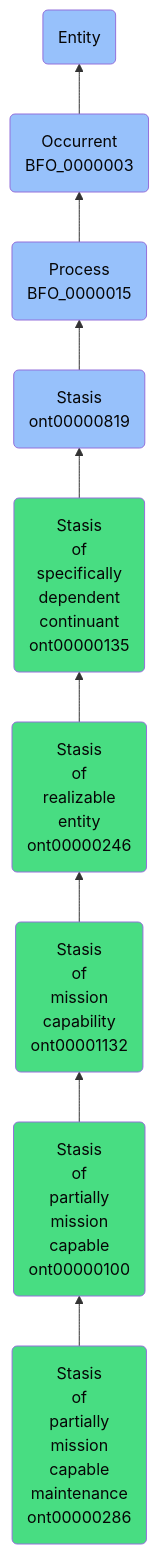
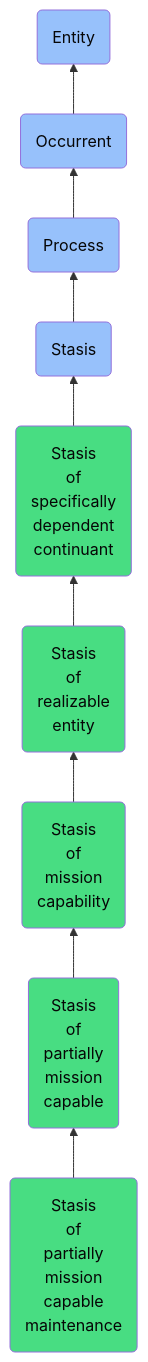
One commit to jupyter-naas/abi changed the diagram in docs/ontology/reference/model/Entity/Occurrent/Process/Stasis/Stasis of specifically dependent continuant/Stasis of realizable entity/Stasis of mission capability/Stasis of partially mission capable/Stasis of partially mission capable maintenance/Stasis of partially mission capable maintenance.md. Above: the diagram before and after it, drawn with Mermaid. The commit also changed other lines of this file and 1430 other files, not shown here.

````diff
--- a/docs/ontology/reference/model/Entity/Occurrent/Process/Stasis/Stasis of specifically dependent continuant/Stasis of realizable entity/Stasis of mission capability/Stasis of partially mission capable/Stasis of partially mission capable maintenance/Stasis of partially mission capable maintenance.md
+++ b/docs/ontology/reference/model/Entity/Occurrent/Process/Stasis/Stasis of specifically dependent continuant/Stasis of realizable entity/Stasis of mission capability/Stasis of partially mission capable/Stasis of partially mission capable maintenance/Stasis of partially mission capable maintenance.md
@@ -24,16 +24,16 @@
 ```mermaid
 graph BT
-    ont00000286(Stasis<br>of<br>partially<br>mission<br>capable<br>maintenance<br>ont00000286):::ABI-->ont00000100
-    ont00000100(Stasis<br>of<br>partially<br>mission<br>capable<br>ont00000100):::ABI-->ont00001132
-    ont00001132(Stasis<br>of<br>mission<br>capability<br>ont00001132):::ABI-->ont00000246
-    ont00000246(Stasis<br>of<br>realizable<br>entity<br>ont00000246):::ABI-->ont00000135
-    ont00000135(Stasis<br>of<br>specifically<br>dependent<br>continuant<br>ont00000135):::ABI-->ont00000819
-    ont00000819(Stasis<br>ont00000819):::BFO-->BFO_0000015
-    BFO_0000015(Process<br>BFO_0000015):::BFO-->BFO_0000003
-    BFO_0000003(Occurrent<br>BFO_0000003):::BFO-->BFO_0000001
+    ont00000286(Stasis<br>of<br>partially<br>mission<br>capable<br>maintenance):::ABI-->ont00000100
+    ont00000100(Stasis<br>of<br>partially<br>mission<br>capable):::ABI-->ont00001132
+    ont00001132(Stasis<br>of<br>mission<br>capability):::ABI-->ont00000246
+    ont00000246(Stasis<br>of<br>realizable<br>entity):::ABI-->ont00000135
+    ont00000135(Stasis<br>of<br>specifically<br>dependent<br>continuant):::ABI-->ont00000819
+    ont00000819(Stasis):::BFO-->BFO_0000015
+    BFO_0000015(Process):::BFO-->BFO_0000003
+    BFO_0000003(Occurrent):::BFO-->BFO_0000001
     BFO_0000001(Entity):::BFO
     
     classDef BFO fill:#97c1fb,color:#060606
     classDef CCO fill:#e4c51e,color:#060606
     classDef ABI fill:#48DD82,color:#060606
 ```
````
